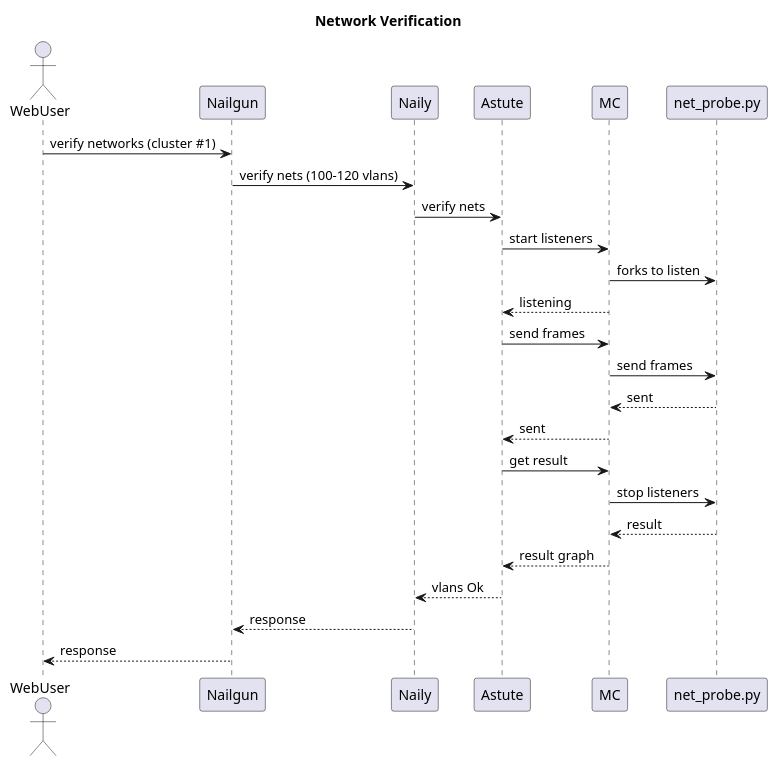
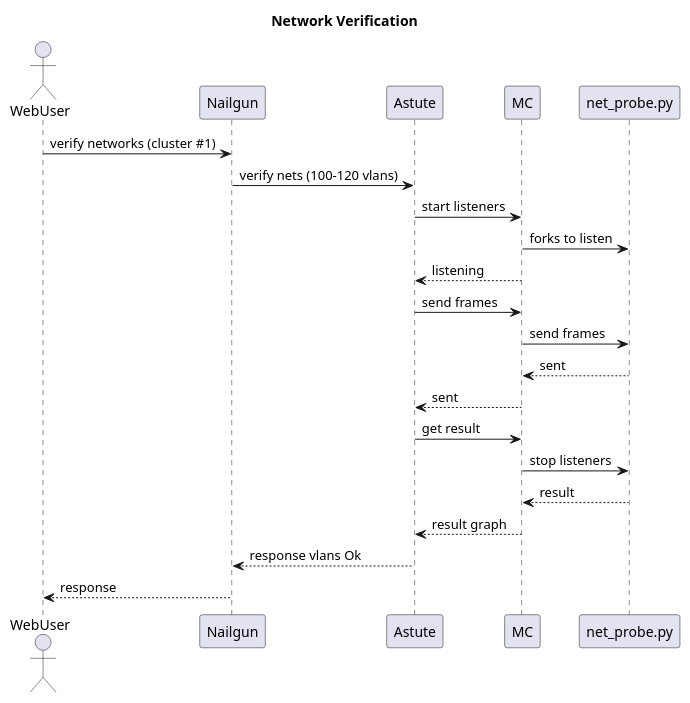
Before and after one commit to openstack-archive/fuel-web: the second of 3 diagrams in docs/develop/sequence.rst, drawn with PlantUML. The commit also changed other lines of this file and 20 other files, not shown here.

First line of the commit message:
Move Naily to Astute

```diff
--- a/docs/develop/sequence.rst
+++ b/docs/develop/sequence.rst
@@ -43,22 +42,20 @@
  .. uml::
     title Network Verification
     actor WebUser
 
     WebUser -> Nailgun: verify networks (cluster #1)
-    Nailgun -> Naily: verify nets (100-120 vlans)
-    Naily -> Astute: verify nets
+    Nailgun -> Astute: verify nets (100-120 vlans)
     Astute -> MC: start listeners
     MC -> net_probe.py: forks to listen
     MC --> Astute: listening
     Astute -> MC: send frames
     MC -> net_probe.py: send frames
     net_probe.py --> MC: sent
     MC --> Astute: sent
 
     Astute -> MC: get result
     MC -> net_probe.py: stop listeners
     net_probe.py --> MC: result
     MC --> Astute: result graph
-    Astute --> Naily: vlans Ok
-    Naily --> Nailgun: response
+    Astute --> Nailgun: response vlans Ok
     Nailgun --> WebUser: response
```
